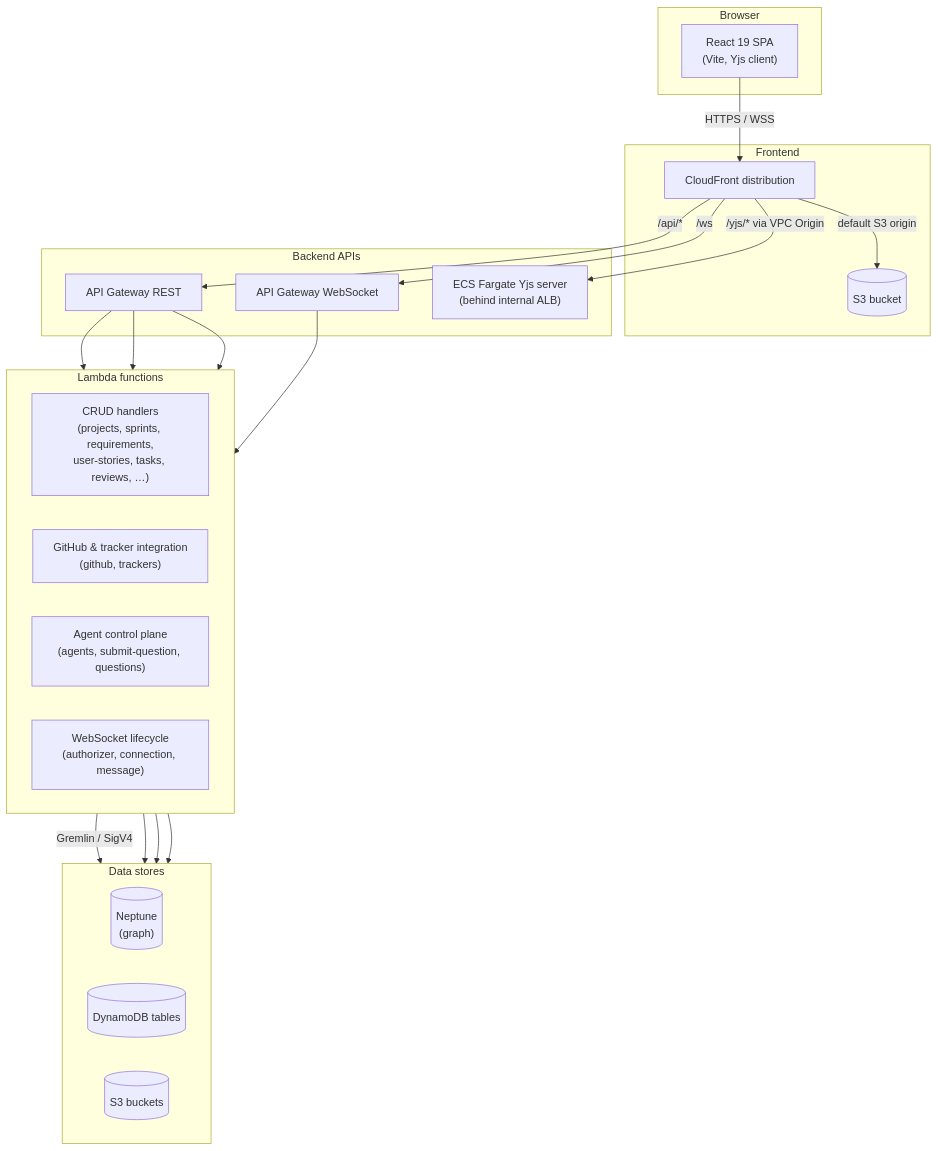
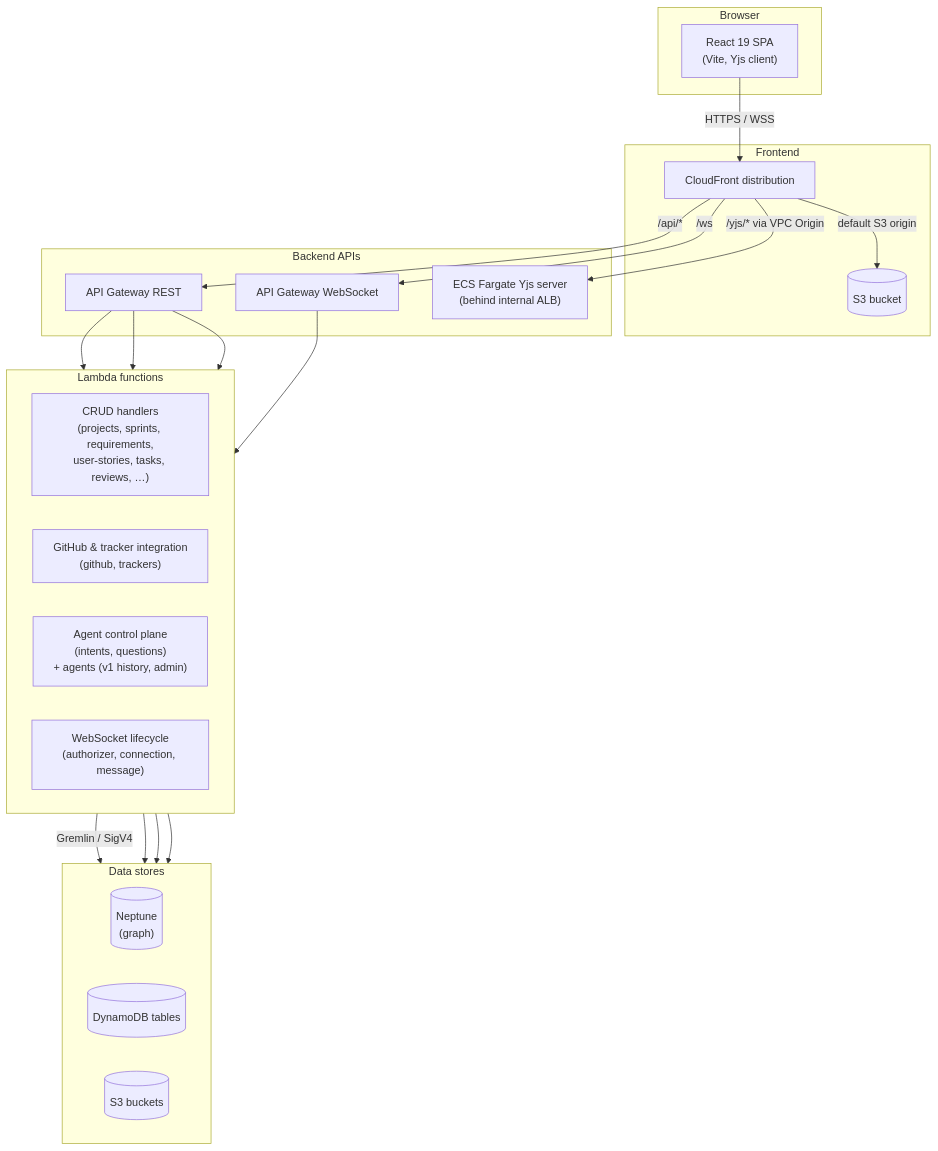
Before and after one commit to aws-samples/sample-collaborative-ai-dlc: the first of 2 diagrams in docs/concepts/architecture.md, drawn with Mermaid. The commit also changed other lines of this file and 201 other files, not shown here.

````diff
--- a/docs/concepts/architecture.md
+++ b/docs/concepts/architecture.md
@@ -18,49 +18,49 @@
 ```mermaid
 flowchart TB
   subgraph Client["Browser"]
     SPA["React 19 SPA<br/>(Vite, Yjs client)"]
   end
 
   subgraph Edge["Frontend"]
     CF["CloudFront distribution"]
     S3F[("S3 bucket")]
     CF -->|default S3 origin| S3F
   end
 
   subgraph APIs["Backend APIs"]
     REST["API Gateway REST"]
     WS["API Gateway WebSocket"]
     YJS["ECS Fargate Yjs server<br/>(behind internal ALB)"]
   end
 
   subgraph Lambdas["Lambda functions"]
     direction LR
     CRUD["CRUD handlers<br/>(projects, sprints, requirements,<br/>user-stories, tasks, reviews, …)"]
     GIT["GitHub & tracker integration<br/>(github, trackers)"]
-    AGCTL["Agent control plane<br/>(agents, submit-question, questions)"]
+    AGCTL["Agent control plane<br/>(intents, questions)<br/>+ agents (v1 history, admin)"]
     WSL["WebSocket lifecycle<br/>(authorizer, connection, message)"]
   end
 
   subgraph Data["Data stores"]
     direction LR
     NEP[("Neptune<br/>(graph)")]
     DDB[("DynamoDB tables")]
     S3[("S3 buckets")]
   end
 
   SPA -->|HTTPS / WSS| CF
 
   CF -->|/api/*| REST
   CF -->|/ws| WS
   CF -->|/yjs/* via VPC Origin| YJS
 
   REST --> CRUD
   REST --> GIT
   REST --> AGCTL
   WS --> WSL
 
   CRUD -->|Gremlin / SigV4| NEP
   GIT --> DDB
   AGCTL --> NEP
   WSL --> DDB
 ```
````
